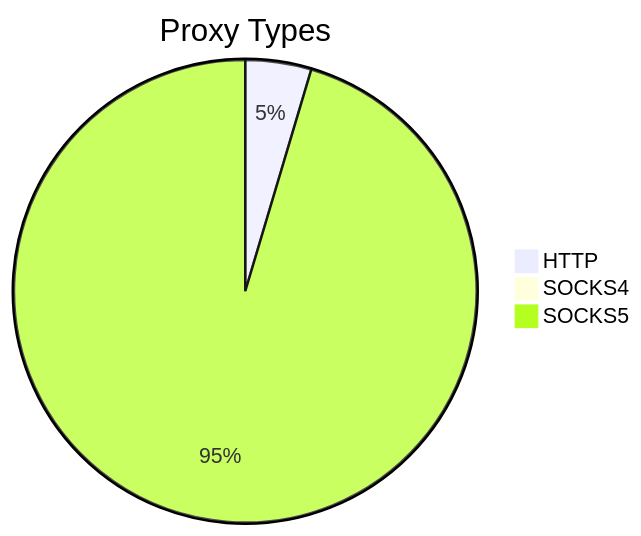
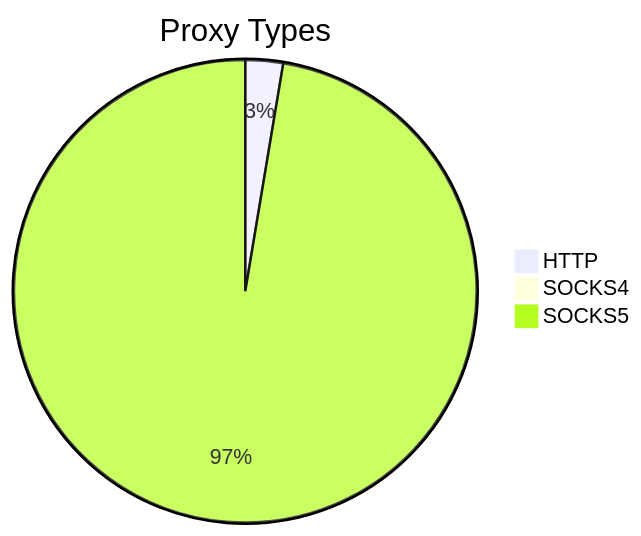
The first of 2 diagrams in README.md (stormsia/proxy-list), drawn with Mermaid before and after one commit. The commit also changed other lines of this file, not shown here.

````diff
--- a/README.md
+++ b/README.md
@@ -21,6 +21,6 @@
 ```mermaid
 pie title Proxy Types
-    "HTTP" : 403
+    "HTTP" : 342
     "SOCKS4" : 60
-    "SOCKS5" : 8343
+    "SOCKS5" : 12652
 ```
````
